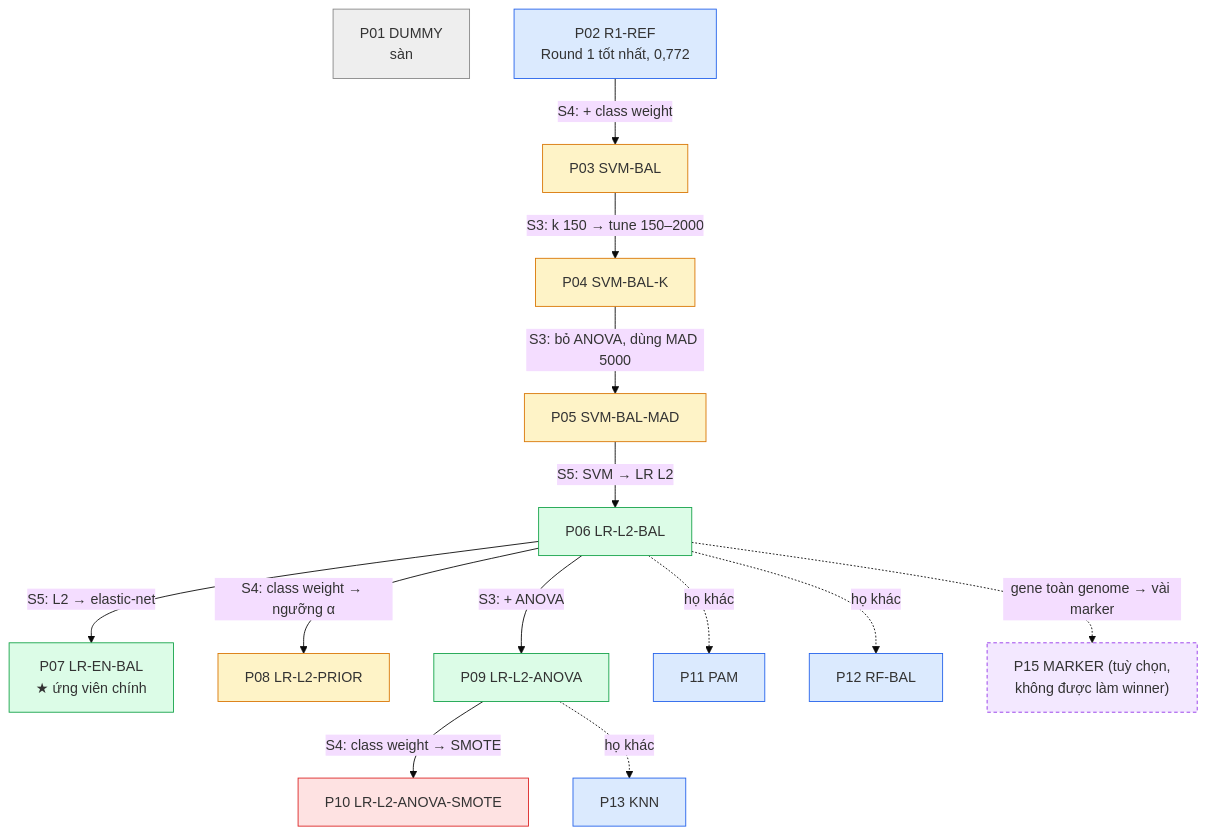
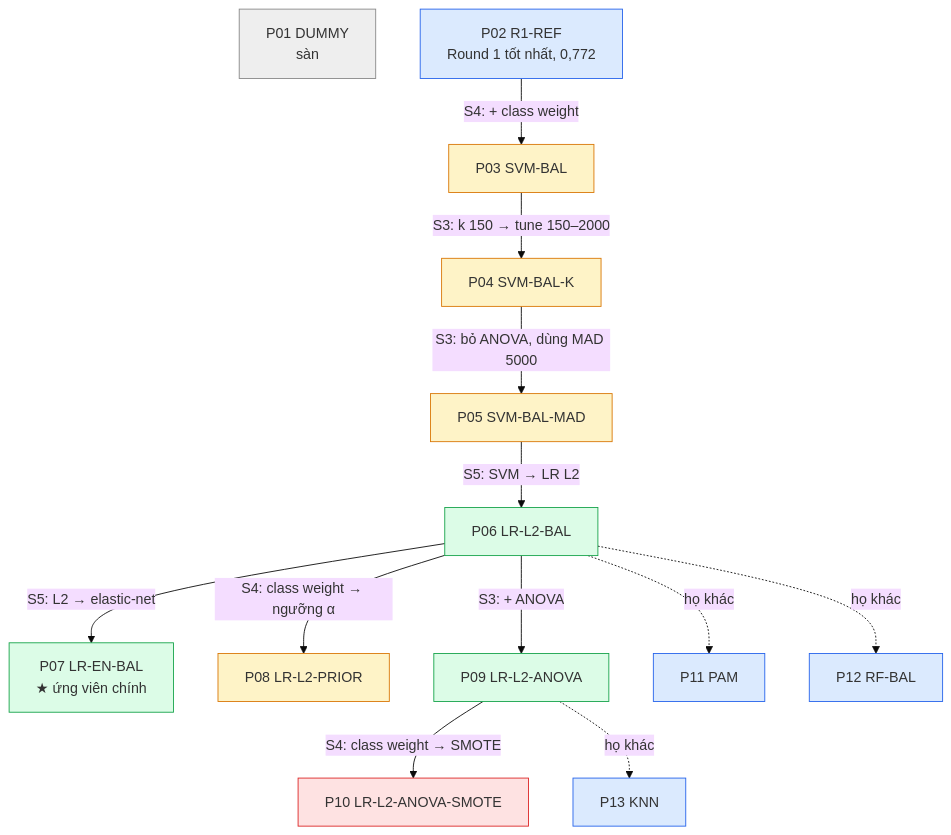
One commit to nhdung98/ProjectA changed the sixth of 12 diagrams in docs/protocol_3.0_proposal.md. Above: the diagram before and after it, drawn with Mermaid (base theme). The commit also changed other lines of this file and 2 other files, not shown here.

First line of the commit message:
docs: drop P15 marker pipeline and fix cross-doc inconsistencies in protocol 3.0 docs

````diff
--- a/docs/protocol_3.0_proposal.md
+++ b/docs/protocol_3.0_proposal.md
@@ -191,44 +190,40 @@
 ```mermaid
 flowchart TD
   P01["P01 DUMMY<br/>sàn"]
   P02["P02 R1-REF<br/>Round 1 tốt nhất, 0,772"]
   P03["P03 SVM-BAL"]
   P04["P04 SVM-BAL-K"]
   P05["P05 SVM-BAL-MAD"]
   P06["P06 LR-L2-BAL"]
   P07["P07 LR-EN-BAL<br/>★ ứng viên chính"]
   P08["P08 LR-L2-PRIOR"]
   P09["P09 LR-L2-ANOVA"]
   P10["P10 LR-L2-ANOVA-SMOTE"]
   P11["P11 PAM"]
   P12["P12 RF-BAL"]
   P13["P13 KNN"]
-  P15["P15 MARKER (tuỳ chọn,<br/>không được làm winner)"]
 
   P02 -->|"S4: + class weight"| P03
   P03 -->|"S3: k 150 → tune 150–2000"| P04
   P04 -->|"S3: bỏ ANOVA, dùng MAD 5000"| P05
   P05 -->|"S5: SVM → LR L2"| P06
   P06 -->|"S5: L2 → elastic-net"| P07
   P06 -->|"S4: class weight → ngưỡng α"| P08
   P06 -->|"S3: + ANOVA"| P09
   P09 -->|"S4: class weight → SMOTE"| P10
   P06 -.->|"họ khác"| P11
   P06 -.->|"họ khác"| P12
-  P06 -.->|"gene toàn genome → vài marker"| P15
   P09 -.->|"họ khác"| P13
 
   classDef floor fill:#eeeeee,stroke:#888
   classDef ref fill:#dbeafe,stroke:#2563eb
   classDef abl fill:#fef3c7,stroke:#d97706
   classDef cand fill:#dcfce7,stroke:#16a34a
   classDef neg fill:#fee2e2,stroke:#dc2626
-  classDef opt fill:#f3e8ff,stroke:#9333ea,stroke-dasharray: 4 3
   class P01 floor
   class P02 ref
   class P03,P04,P05,P08 abl
   class P06,P07,P09 cand
   class P10 neg
   class P11,P12,P13 ref
-  class P15 opt
 ```
````
